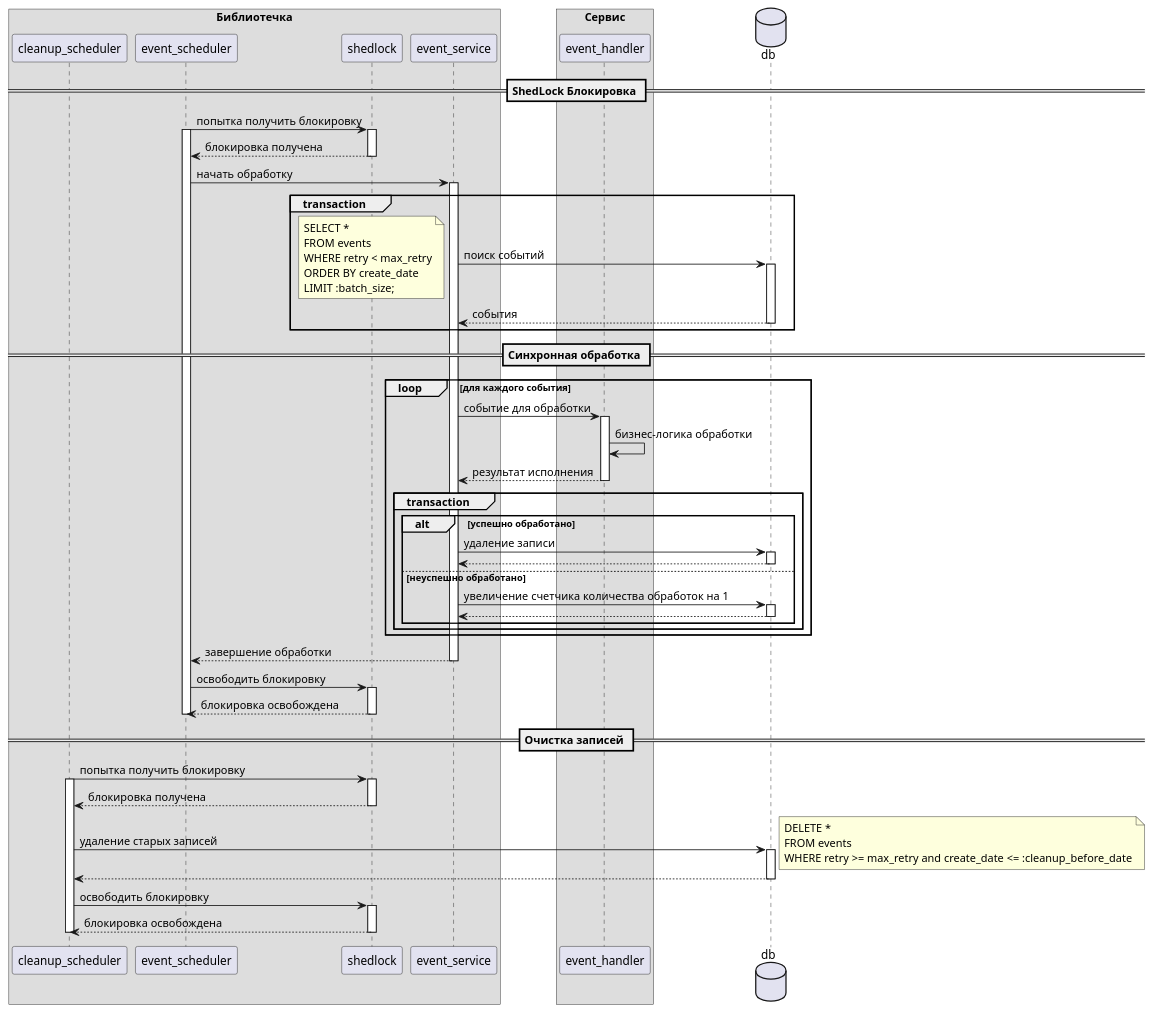
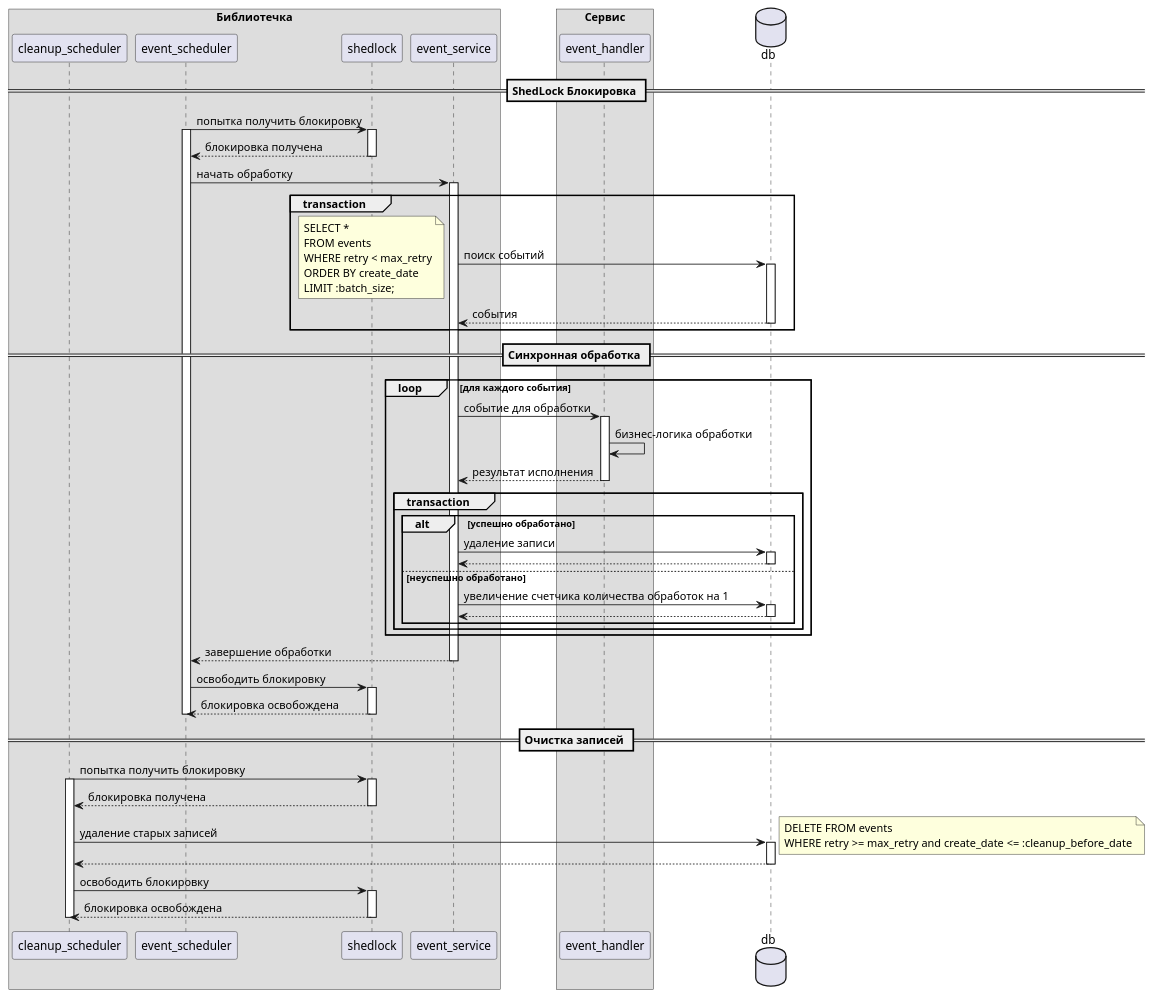
Before and after one commit to laym0n/eventhandling: the diagram in result_processing.plantuml, drawn with PlantUML. The commit also changed 4 other files, not shown here.

```diff
--- a/result_processing.plantuml
+++ b/result_processing.plantuml
@@ -1,103 +1,102 @@
 @startuml processing
 
 box "Библиотечка"
     participant cleanup_scheduler
     participant event_scheduler
     participant shedlock
     participant event_service
 end box
 
 box "Сервис"
     participant event_handler
 end box
 
 database db
 
 == ShedLock Блокировка ==
 
 event_scheduler -> shedlock : попытка получить блокировку
 activate event_scheduler
 activate shedlock
 
 shedlock --> event_scheduler : блокировка получена
 deactivate shedlock
 
 event_scheduler -> event_service : начать обработку
 activate event_service
 
 group transaction
     event_service -> db : поиск событий
     note left
         SELECT *
         FROM events
         WHERE retry < max_retry
         ORDER BY create_date
         LIMIT :batch_size;
     end note
     activate db
     db --> event_service : события
     deactivate db
 end
 
 == Синхронная обработка ==
 loop для каждого события
     event_service -> event_handler : событие для обработки
     activate event_handler
 
     event_handler -> event_handler : бизнес-логика обработки
 
     event_handler --> event_service : результат исполнения
     deactivate event_handler
 
     group transaction
         alt успешно обработано
             event_service -> db : удаление записи 
             activate db
             db --> event_service
             deactivate db
         else неуспешно обработано
             event_service -> db : увеличение счетчика количества обработок на 1
             activate db
             db --> event_service
             deactivate db
         end
     end
 end
 
 event_service --> event_scheduler : завершение обработки
 deactivate event_service
 
 event_scheduler -> shedlock : освободить блокировку
 activate shedlock
 shedlock --> event_scheduler : блокировка освобождена
 deactivate shedlock
 
 deactivate event_scheduler
 
 == Очистка записей ==
 
 cleanup_scheduler -> shedlock : попытка получить блокировку
 activate cleanup_scheduler
 activate shedlock
 
 shedlock --> cleanup_scheduler : блокировка получена
 deactivate shedlock
 
 cleanup_scheduler -> db : удаление старых записей
 note right
-    DELETE *
-    FROM events
+    DELETE FROM events
     WHERE retry >= max_retry and create_date <= :cleanup_before_date
 end note
 activate db
 db --> cleanup_scheduler
 deactivate db
 
 cleanup_scheduler -> shedlock : освободить блокировку
 activate shedlock
 shedlock --> cleanup_scheduler : блокировка освобождена
 deactivate shedlock
 
 deactivate cleanup_scheduler
 
 @enduml
```
